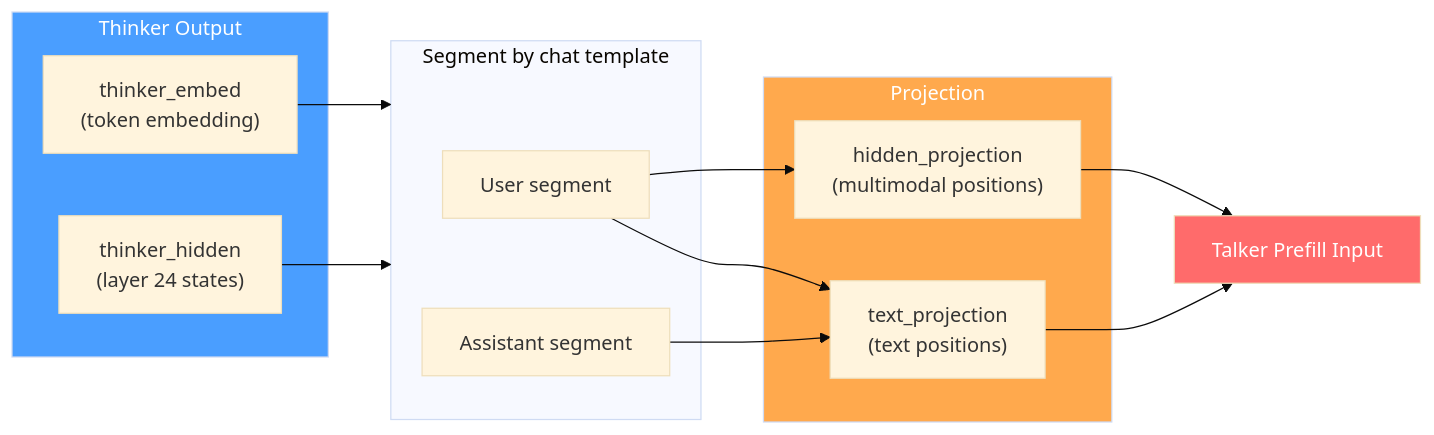
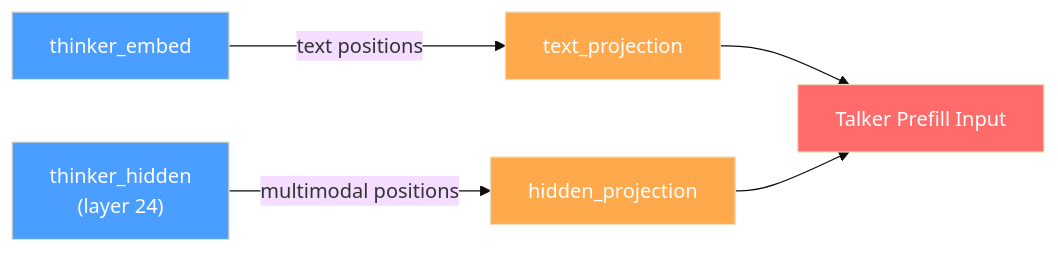
Before and after one commit to zhaochenyang20/Awesome-ML-SYS-Tutorial: diagram 27 of 33 in sglang/sglang-omni/README.md, drawn with Mermaid (base theme). The commit also changed other lines of this file, not shown here.

First line of the commit message:
style: flatten all diagrams to avoid subgraph overlap issues

````diff
--- a/sglang/sglang-omni/README.md
+++ b/sglang/sglang-omni/README.md
@@ -1110,29 +965,12 @@
 ```mermaid
 graph LR
-    subgraph ThinkerOut["Thinker Output"]
-        TE["thinker_embed<br/>(token embedding)"]
-        TH["thinker_hidden<br/>(layer 24 states)"]
-    end
-
-    subgraph Segment["Segment by chat template"]
-        User["User segment"]
-        Asst["Assistant segment"]
-    end
-
-    subgraph Projection["Projection"]
-        TP["text_projection<br/>(text positions)"]
-        HP["hidden_projection<br/>(multimodal positions)"]
-    end
-
-    TE --> Segment
-    TH --> Segment
-    User --> HP
-    User --> TP
-    Asst --> TP
-
+    TE["thinker_embed"] -- "text positions" --> TP["text_projection"]
+    TH["thinker_hidden<br/>(layer 24)"] -- "multimodal positions" --> HP["hidden_projection"]
     TP & HP --> Prefill["Talker Prefill Input"]
 
-    style ThinkerOut fill:#4a9eff,color:#fff
-    style Projection fill:#ffa94d,color:#fff
+    style TE fill:#4a9eff,color:#fff
+    style TH fill:#4a9eff,color:#fff
+    style TP fill:#ffa94d,color:#fff
+    style HP fill:#ffa94d,color:#fff
     style Prefill fill:#ff6b6b,color:#fff
 ```
````
